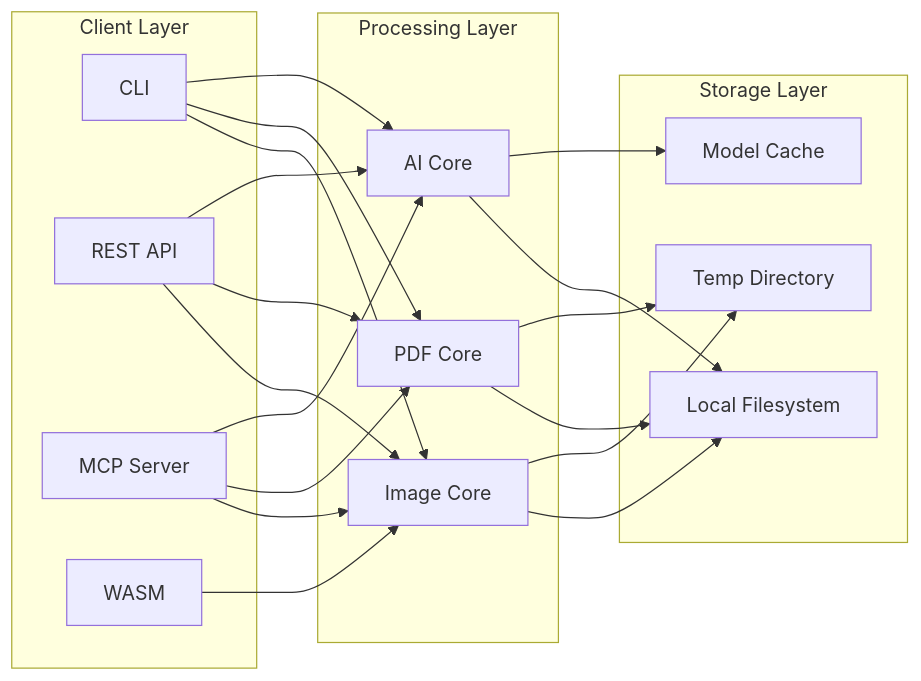
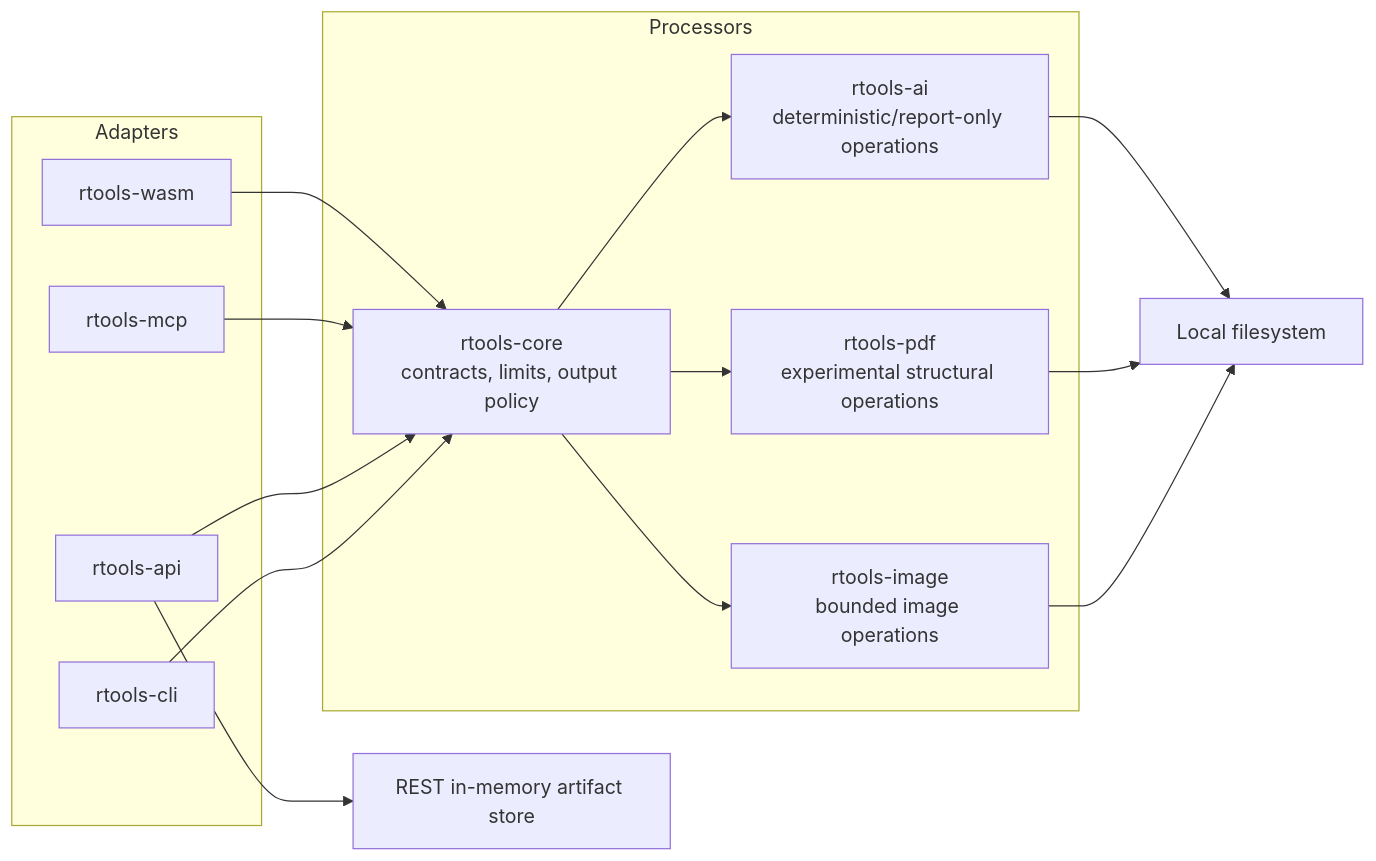
The first of 5 diagrams in docs/ARCHITECTURE.md (antarikshkarmakar/rtools), drawn with Mermaid before and after one commit. The commit also changed other lines of this file and 20 other files, not shown here.

Commit message:
fix: harden merge and MCP contracts

````diff
--- a/docs/ARCHITECTURE.md
+++ b/docs/ARCHITECTURE.md
@@ -5,39 +9,31 @@
 ```mermaid
 graph LR
-    subgraph "Client Layer"
-        C[CLI]
-        A[REST API]
-        M[MCP Server]
-        W[WASM]
+    subgraph Adapters
+        CLI[rtools-cli]
+        API[rtools-api]
+        MCP[rtools-mcp]
+        WASM[rtools-wasm]
     end
 
-    subgraph "Processing Layer"
-        IC[Image Core]
-        PC[PDF Core]
-        AC[AI Core]
+    subgraph Processors
+        CORE[rtools-core<br/>contracts, limits, output policy]
+        IMG[rtools-image<br/>bounded image operations]
+        PDF[rtools-pdf<br/>experimental structural operations]
+        AI[rtools-ai<br/>deterministic/report-only operations]
     end
 
-    subgraph "Storage Layer"
-        FS[Local Filesystem]
-        TM[Temp Directory]
-        MD[Model Cache]
-    end
+    FS[Local filesystem]
+    ART[REST in-memory artifact store]
 
-    C --> IC
-    C --> PC
-    C --> AC
-    A --> IC
-    A --> PC
-    A --> AC
-    M --> IC
-    M --> PC
-    M --> AC
-    W --> IC
-
-    IC --> FS
-    IC --> TM
-    PC --> FS
-    PC --> TM
-    AC --> FS
-    AC --> MD
+    CLI --> CORE
+    API --> CORE
+    MCP --> CORE
+    WASM --> CORE
+    CORE --> IMG
+    CORE --> PDF
+    CORE --> AI
+    IMG --> FS
+    PDF --> FS
+    AI --> FS
+    API --> ART
 ```
````
